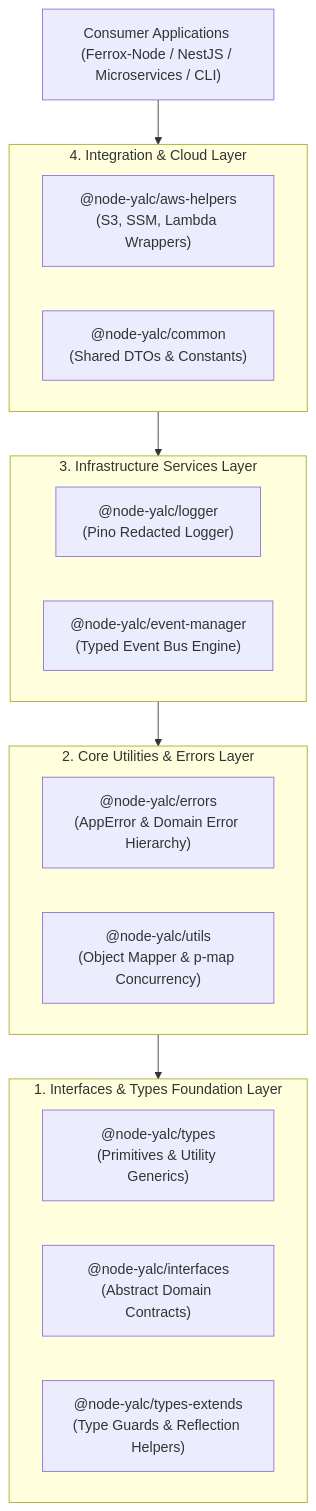
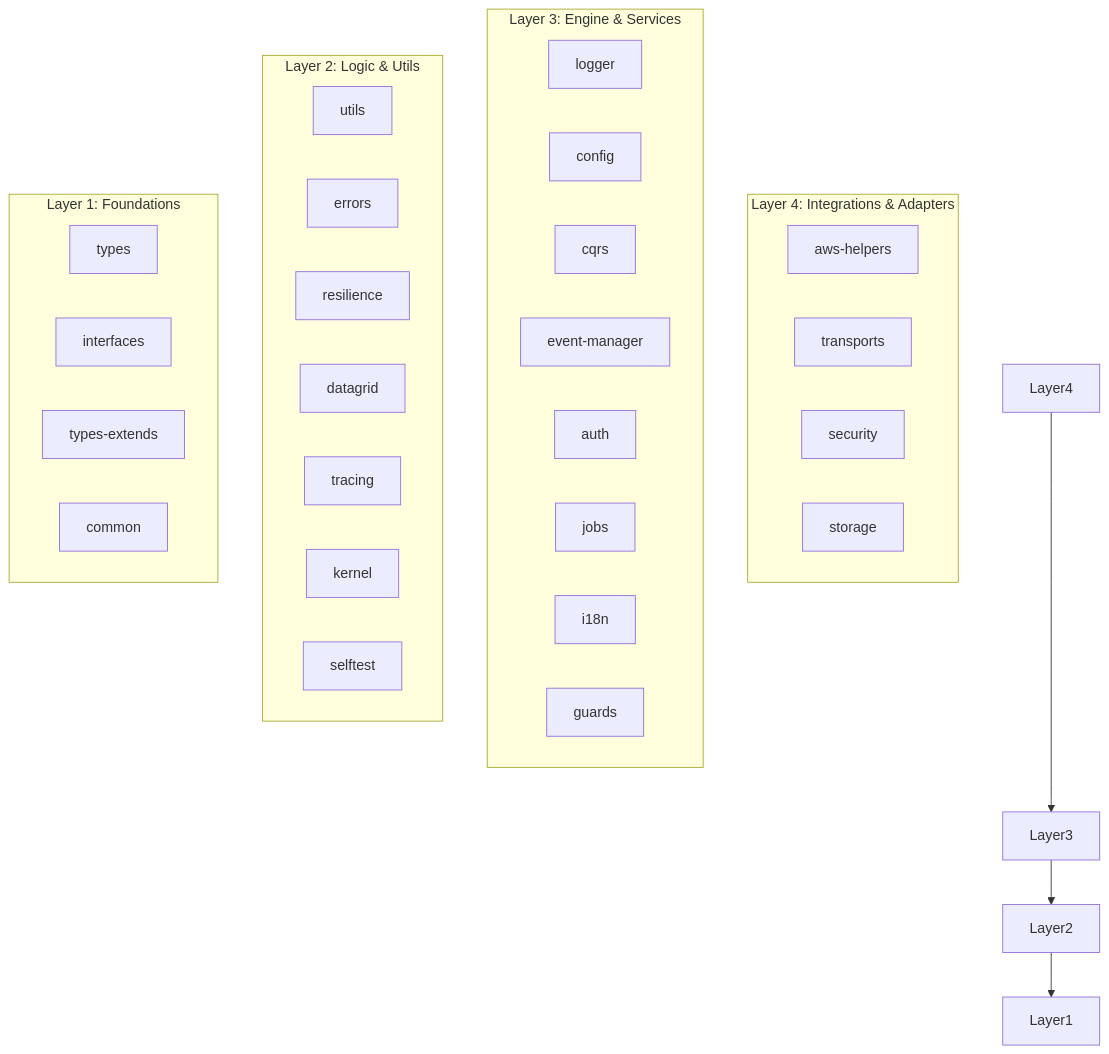
One commit to AI-Autistic-Intelligence/node-yalc changed the diagram in README.md. Above: the diagram before and after it, drawn with Mermaid. The commit also changed other lines of this file, not shown here.

````diff
--- a/README.md
+++ b/README.md
@@ -60,30 +18,38 @@
 ```mermaid
 flowchart TD
-    Consumer["Consumer Applications (Ferrox-Node / NestJS / Microservices / CLI)"]
-
-    subgraph Layer4["4. Integration & Cloud Layer"]
-        AWS["@node-yalc/aws-helpers<br/>(S3, SSM, Lambda Wrappers)"]
-        COM["@node-yalc/common<br/>(Shared DTOs & Constants)"]
+    subgraph "Layer 4: Integrations & Adapters"
+        AWS["aws-helpers"]
+        TRN["transports"]
+        SEC["security"]
+        STO["storage"]
     end
-
-    subgraph Layer3["3. Infrastructure Services Layer"]
-        LOG["@node-yalc/logger<br/>(Pino Redacted Logger)"]
-        EVT["@node-yalc/event-manager<br/>(Typed Event Bus Engine)"]
+    subgraph "Layer 3: Engine & Services"
+        LOG["logger"]
+        CFG["config"]
+        CQRS["cqrs"]
+        EVT["event-manager"]
+        AUT["auth"]
+        JOB["jobs"]
+        I18["i18n"]
+        GRD["guards"]
     end
-
-    subgraph Layer2["2. Core Utilities & Errors Layer"]
-        ERR["@node-yalc/errors<br/>(AppError & Domain Error Hierarchy)"]
-        UTL["@node-yalc/utils<br/>(Object Mapper & p-map Concurrency)"]
+    subgraph "Layer 2: Logic & Utils"
+        UTL["utils"]
+        ERR["errors"]
+        RES["resilience"]
+        DAT["datagrid"]
+        TRC["tracing"]
+        KRN["kernel"]
+        SLF["selftest"]
     end
-
-    subgraph Layer1["1. Interfaces & Types Foundation Layer"]
-        TYP["@node-yalc/types<br/>(Primitives & Utility Generics)"]
-        INF["@node-yalc/interfaces<br/>(Abstract Domain Contracts)"]
-        EXT["@node-yalc/types-extends<br/>(Type Guards & Reflection Helpers)"]
+    subgraph "Layer 1: Foundations"
+        TYP["types"]
+        INF["interfaces"]
+        EXT["types-extends"]
+        COM["common"]
     end
-
-    Consumer --> Layer4
+    
     Layer4 --> Layer3
     Layer3 --> Layer2
     Layer2 --> Layer1
 ```
````
